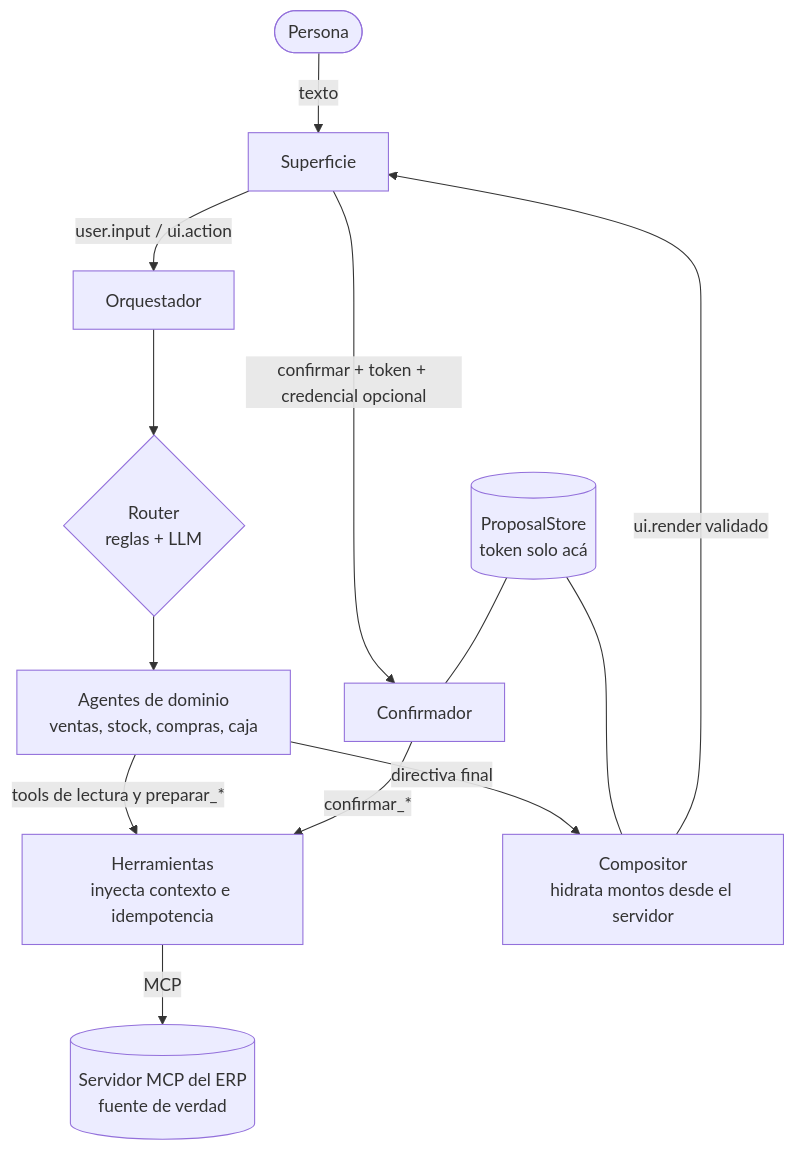
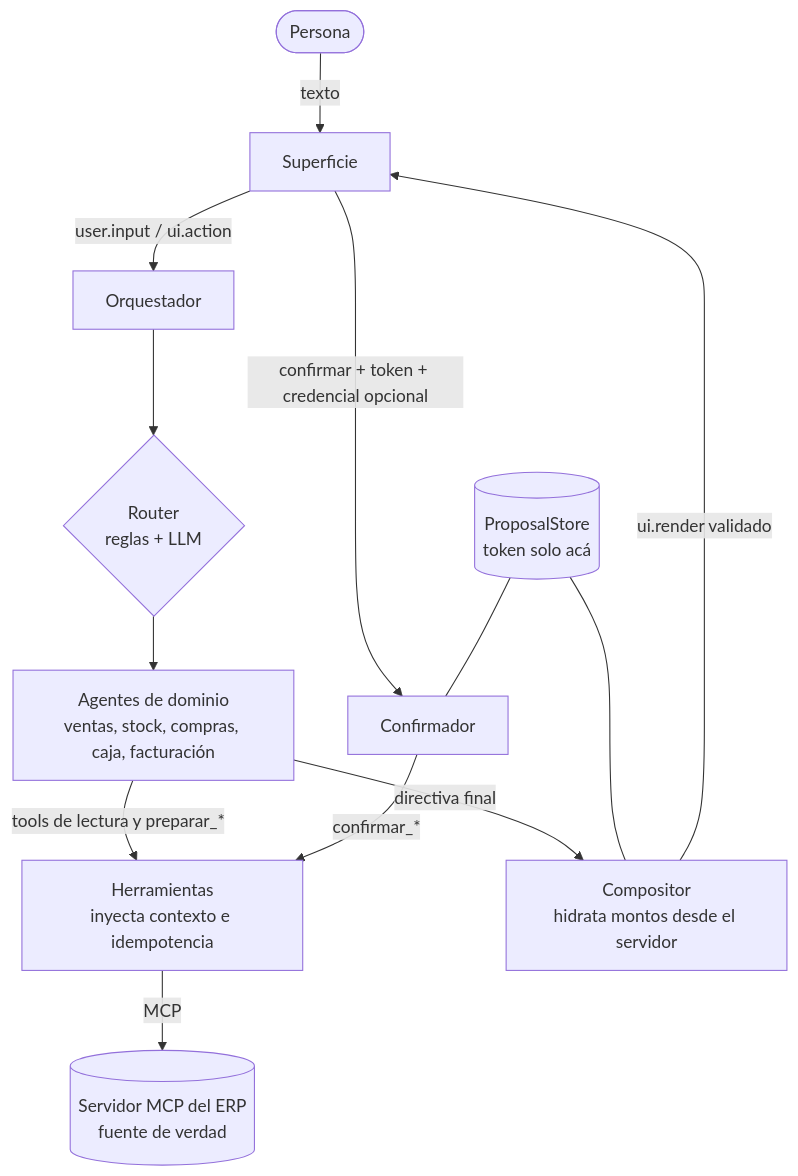
Before and after one commit to alvarezleonardo/agentic-erp-core: the diagram in README.md, drawn with Mermaid. The commit also changed other lines of this file and 11 other files, not shown here.

````diff
--- a/README.md
+++ b/README.md
@@ -53,15 +53,15 @@
 ```mermaid
 flowchart TB
     P([Persona]) -->|texto| S[Superficie]
     S -->|user.input / ui.action| O[Orquestador]
     O --> R{Router<br/>reglas + LLM}
-    R --> A[Agentes de dominio<br/>ventas, stock, compras, caja]
+    R --> A[Agentes de dominio<br/>ventas, stock, compras, caja, facturación]
     A -->|tools de lectura y preparar_*| H[Herramientas<br/>inyecta contexto e idempotencia]
     H -->|MCP| E[(Servidor MCP del ERP<br/>fuente de verdad)]
     A -->|directiva final| C[Compositor<br/>hidrata montos desde el servidor]
     C -->|ui.render validado| S
     S -->|confirmar + token + credencial opcional| F[Confirmador]
     F -->|confirmar_*| H
     PS[(ProposalStore<br/>token solo acá)] --- C
     PS --- F
 ```
````
